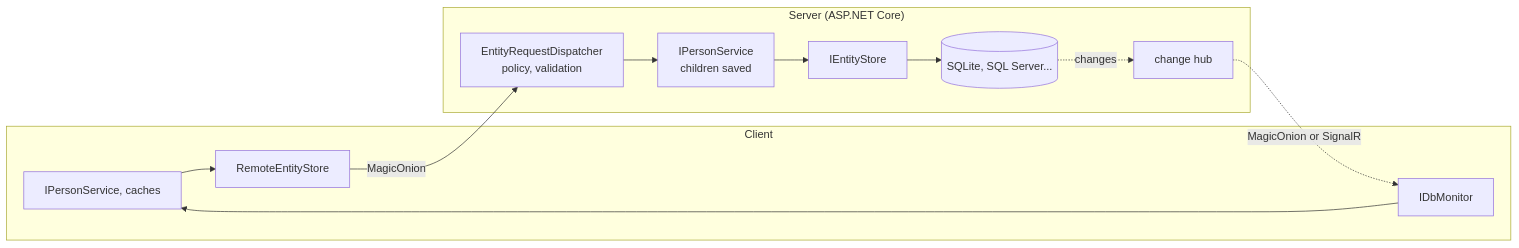
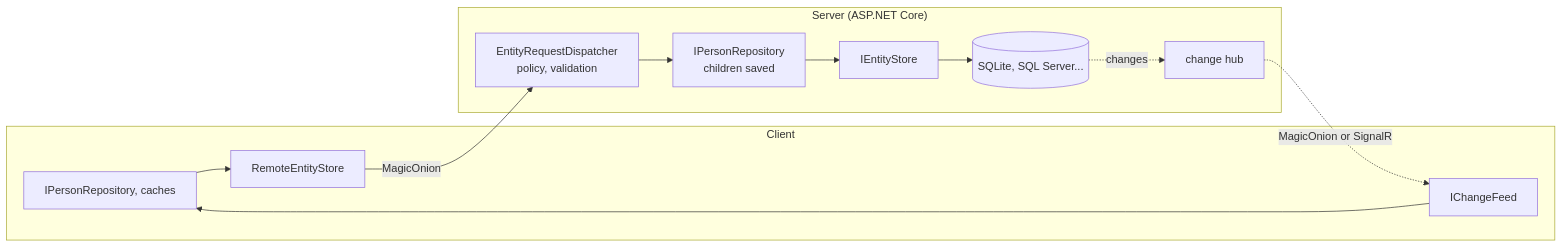
Before and after one commit to cedric56/Queryeables: the diagram in README.md, drawn with Mermaid. The commit also changed other lines of this file and 120 other files, not shown here.

````diff
--- a/README.md
+++ b/README.md
@@ -109,15 +109,15 @@
 ```mermaid
 flowchart LR
     subgraph Client
-        VM[IPersonService, caches] --> RS[RemoteEntityStore]
-        M[IDbMonitor] --> VM
+        VM[IPersonRepository, caches] --> RS[RemoteEntityStore]
+        M[IChangeFeed] --> VM
     end
     subgraph Server["Server (ASP.NET Core)"]
-        D[EntityRequestDispatcher<br/>policy, validation] --> PS[IPersonService<br/>children saved]
+        D[EntityRequestDispatcher<br/>policy, validation] --> PS[IPersonRepository<br/>children saved]
         PS --> ST[IEntityStore]
         ST --> DB[(SQLite, SQL Server...)]
         DB -. changes .-> H[change hub]
     end
     RS -- MagicOnion --> D
     H -. MagicOnion or SignalR .-> M
 ```
````
